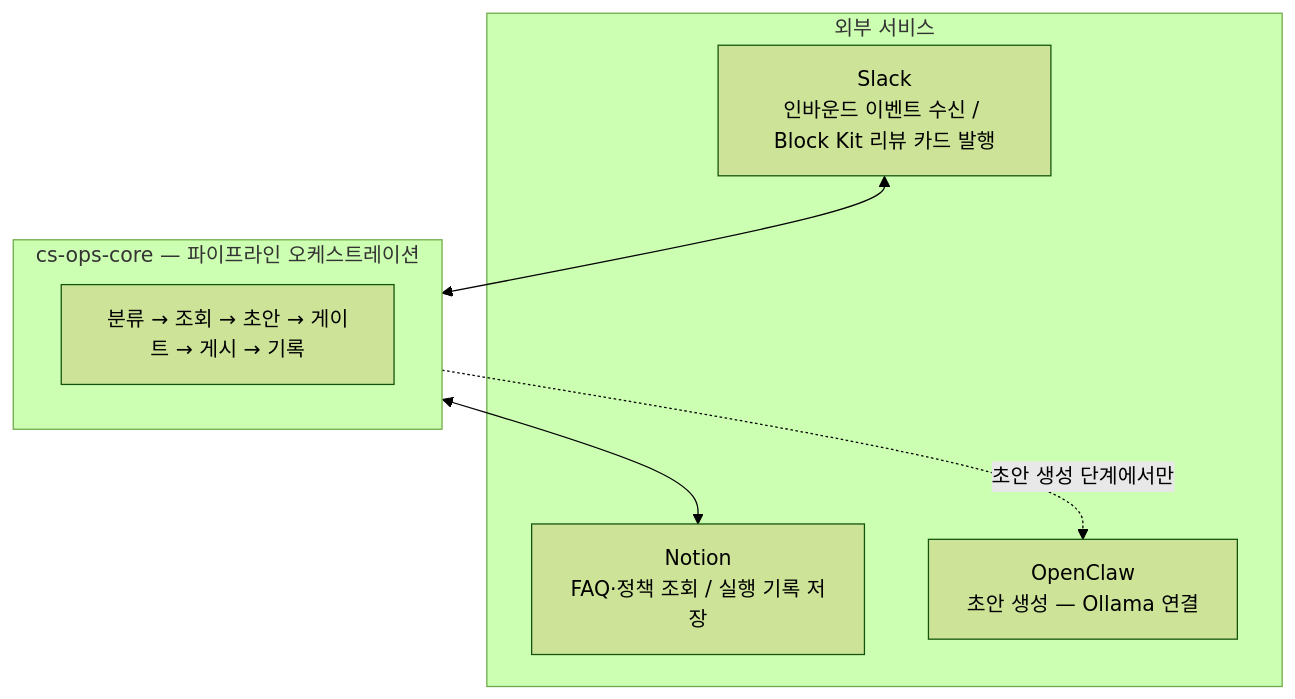
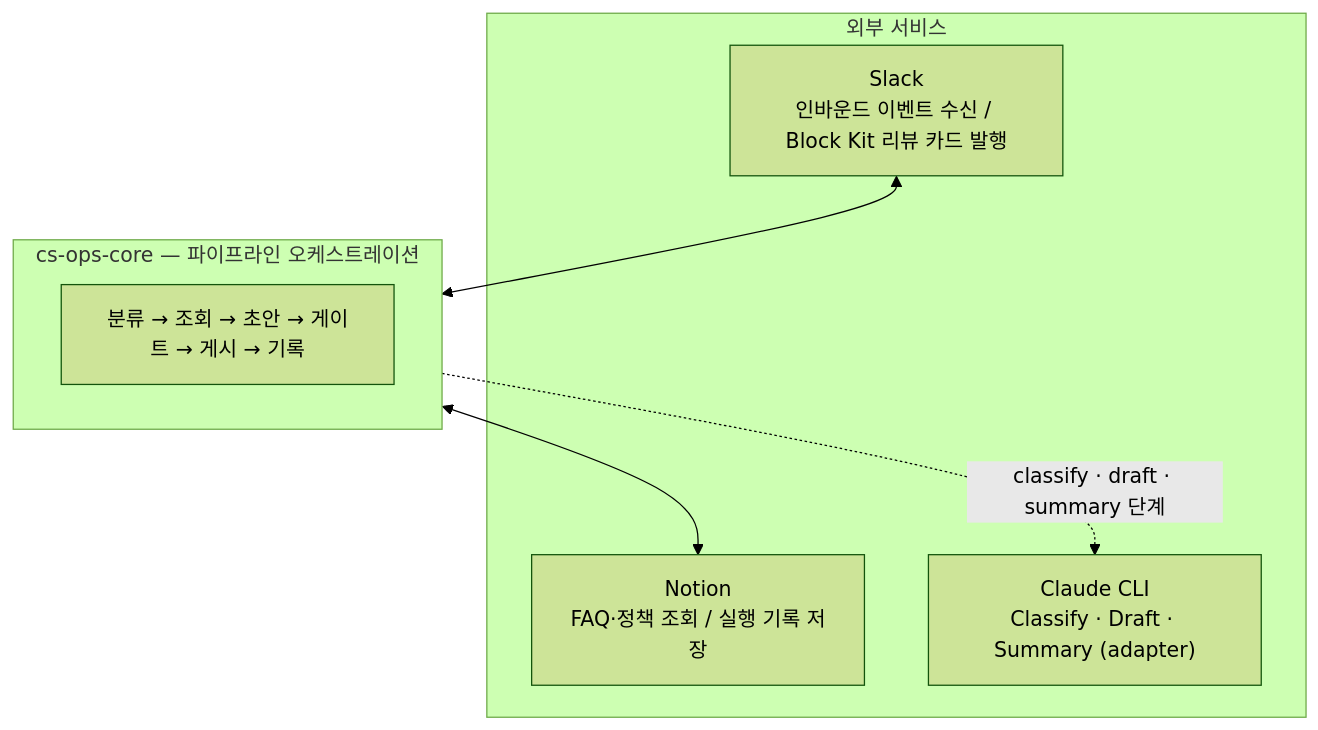
The second of 2 diagrams in README.md (mwroh-dev/ax-experience), drawn with Mermaid (forest theme) before and after one commit. The commit also changed other lines of this file and 26 other files, not shown here.

First line of the commit message:
refactor: remove OpenClaw/Ollama, replace with Claude CLI adapters

````diff
--- a/README.md
+++ b/README.md
@@ -35,16 +35,16 @@
 ```mermaid
 graph TB
     subgraph External["외부 서비스"]
         Slack["Slack\n인바운드 이벤트 수신 / Block Kit 리뷰 카드 발행"]
         Notion["Notion\nFAQ·정책 조회 / 실행 기록 저장"]
-        OpenClaw["OpenClaw\n초안 생성 — Ollama 연결"]
+        LLM["Claude CLI\nClassify · Draft · Summary (adapter)"]
     end
 
     subgraph Core["cs-ops-core — 파이프라인 오케스트레이션"]
         P["분류 → 조회 → 초안 → 게이트 → 게시 → 기록"]
     end
 
     Slack <--> Core
     Core <--> Notion
-    Core -.->|초안 생성 단계에서만| OpenClaw
+    Core -.->|classify · draft · summary 단계| LLM
 ```
````
